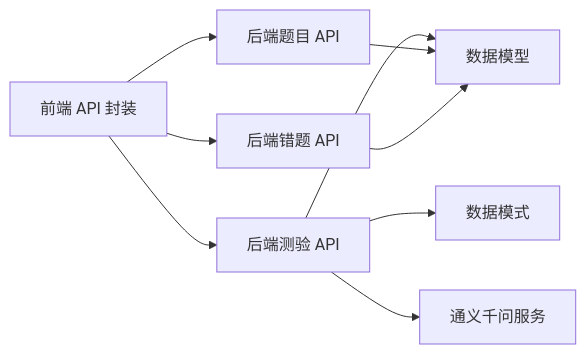
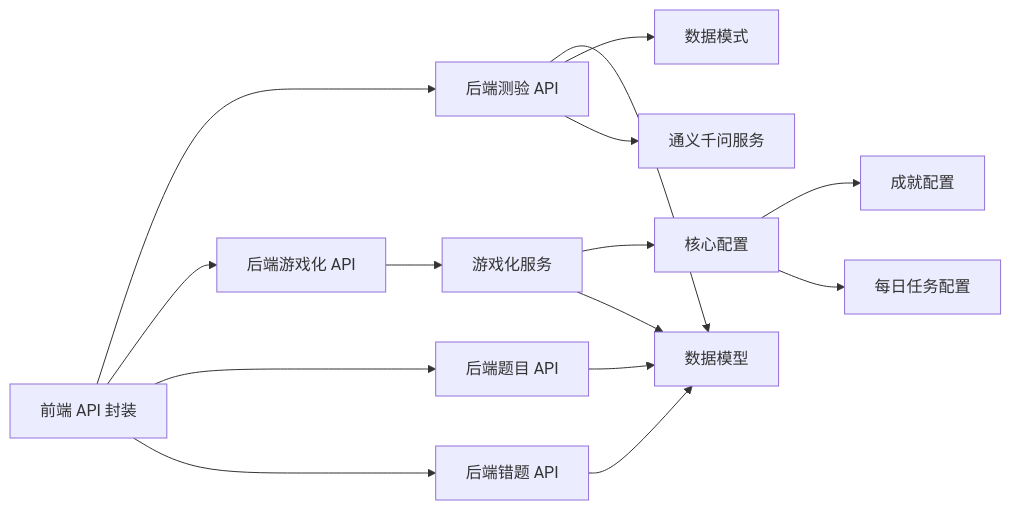
Before and after one commit to zhiwenli-jack/personal-learning-manager: the seventh of 7 diagrams in .qoder/repowiki/zh/content/前端应用架构/视图组件/测验系统组件.md, drawn with Mermaid. The commit also changed other lines of this file and 20 other files, not shown here.

````diff
--- a/.qoder/repowiki/zh/content/前端应用架构/视图组件/测验系统组件.md
+++ b/.qoder/repowiki/zh/content/前端应用架构/视图组件/测验系统组件.md
@@ -317,11 +527,17 @@
 ```mermaid
 graph LR
 FE_API["前端 API 封装"] --> BE_EXAMS["后端测验 API"]
+FE_API --> BE_GAMIFICATION["后端游戏化 API"]
 FE_API --> BE_QUESTIONS["后端题目 API"]
 FE_API --> BE_MISTAKES["后端错题 API"]
 BE_EXAMS --> BE_MODELS["数据模型"]
 BE_EXAMS --> BE_SCHEMA["数据模式"]
 BE_EXAMS --> BE_QWEN["通义千问服务"]
+BE_GAMIFICATION --> BE_GAMISERVICE["游戏化服务"]
+BE_GAMISERVICE --> BE_CORE["核心配置"]
+BE_GAMISERVICE --> BE_MODELS
 BE_QUESTIONS --> BE_MODELS
 BE_MISTAKES --> BE_MODELS
+BE_CORE --> BE_ACHIEVEMENTS["成就配置"]
+BE_CORE --> BE_DAILYTASKS["每日任务配置"]
 ```
````
